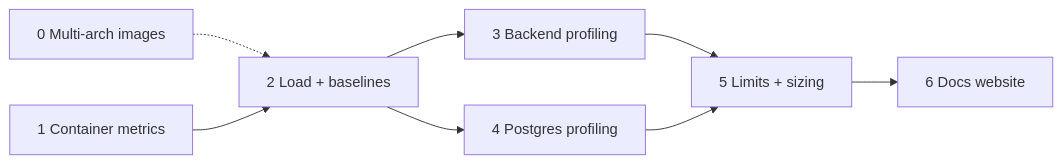
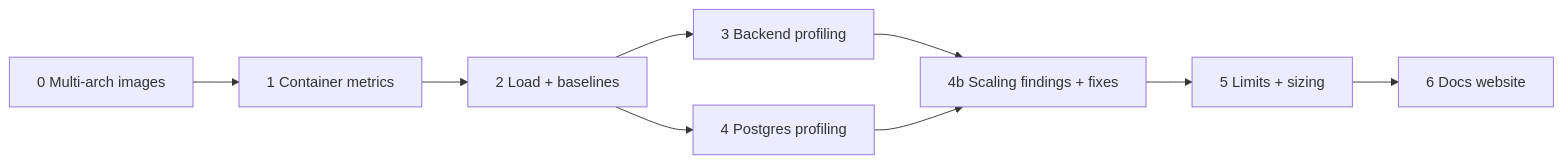
Before and after one commit to ballardr/reqtrackmanager: the first of 2 diagrams in docs/plans/resource-profiling-plan.md, drawn with Mermaid. The commit also changed other lines of this file and 354 other files, not shown here.

````diff
--- a/docs/plans/resource-profiling-plan.md
+++ b/docs/plans/resource-profiling-plan.md
@@ -19,10 +20,11 @@
 ```mermaid
 flowchart LR
-    P0["0 Multi-arch images"] -.-> P2
+    P0["0 Multi-arch images"] --> P1
     P1["1 Container metrics"] --> P2["2 Load + baselines"]
     P2 --> P3["3 Backend profiling"]
     P2 --> P4["4 Postgres profiling"]
-    P3 --> P5["5 Limits + sizing"]
-    P4 --> P5
+    P3 --> P4b["4b Scaling findings + fixes"]
+    P4 --> P4b
+    P4b --> P5["5 Limits + sizing"]
     P5 --> P6["6 Docs website"]
 ```
````
